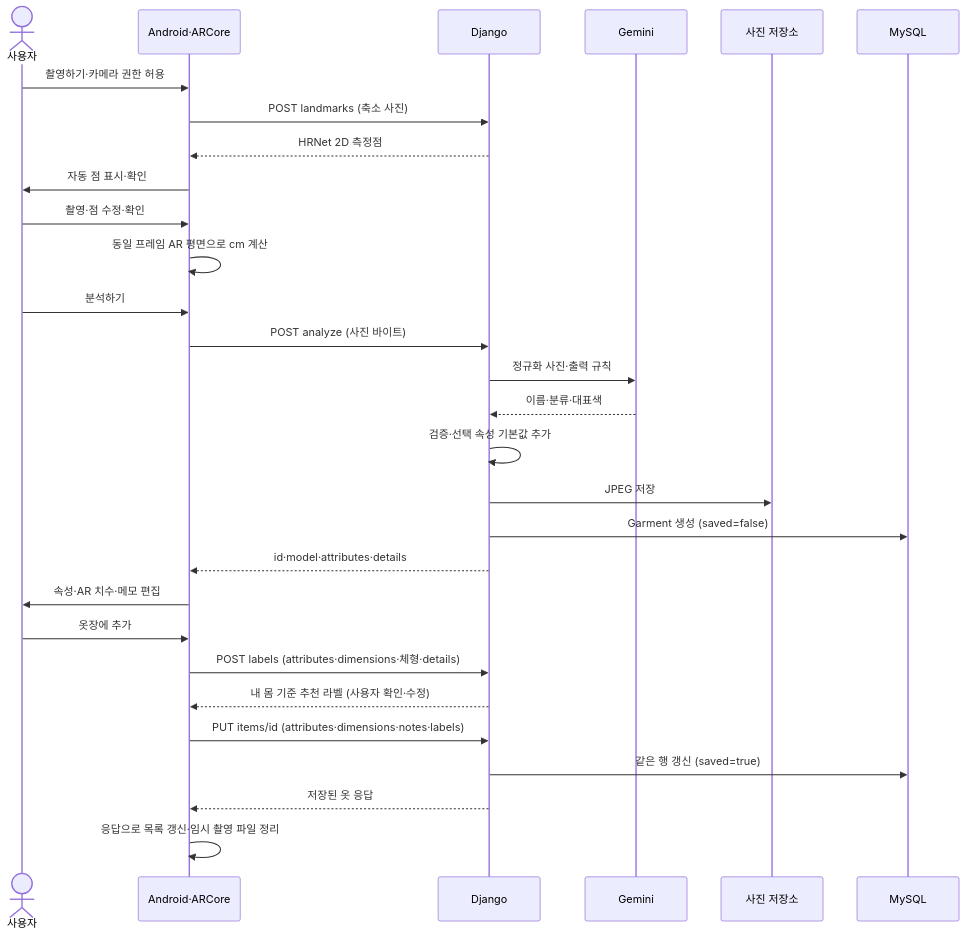
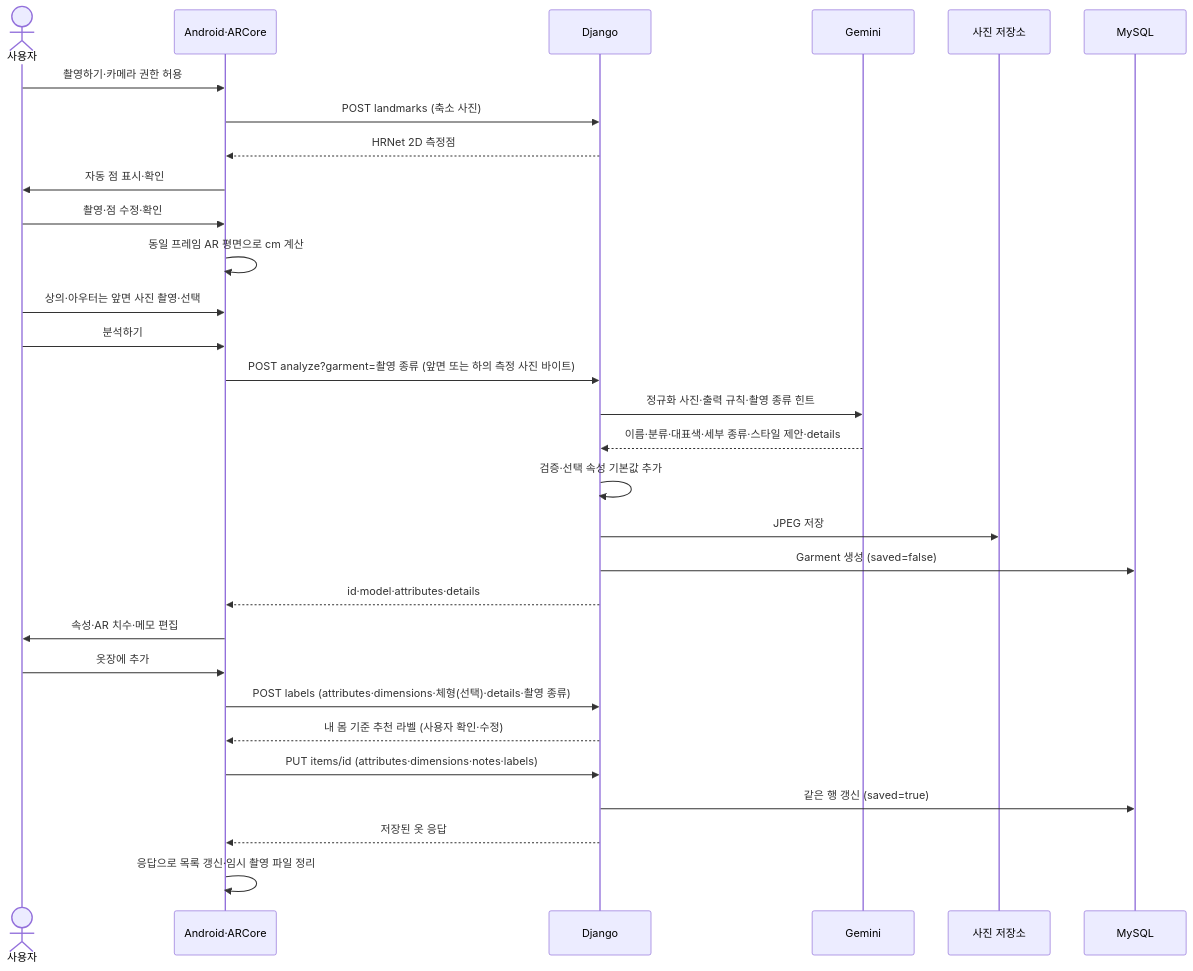
Before and after one commit to snuhcs-course/swpp-2026-project-team-14: the diagram in docs/wardrobe/wardrobe-flow.md, drawn with Mermaid. The commit also changed other lines of this file and 15 other files, not shown here.

````diff
--- a/docs/wardrobe/wardrobe-flow.md
+++ b/docs/wardrobe/wardrobe-flow.md
@@ -19,31 +19,32 @@
 ```mermaid
 sequenceDiagram
     actor User as 사용자
     participant App as Android·ARCore
     participant BE as Django
     participant AI as Gemini
     participant Files as 사진 저장소
     participant DB as MySQL
     User->>App: 촬영하기·카메라 권한 허용
     App->>BE: POST landmarks (축소 사진)
     BE-->>App: HRNet 2D 측정점
     App->>User: 자동 점 표시·확인
     User->>App: 촬영·점 수정·확인
     App->>App: 동일 프레임 AR 평면으로 cm 계산
+    User->>App: 상의·아우터는 앞면 사진 촬영·선택
     User->>App: 분석하기
-    App->>BE: POST analyze (사진 바이트)
-    BE->>AI: 정규화 사진·출력 규칙
-    AI-->>BE: 이름·분류·대표색
+    App->>BE: POST analyze?garment=촬영 종류 (앞면 또는 하의 측정 사진 바이트)
+    BE->>AI: 정규화 사진·출력 규칙·촬영 종류 힌트
+    AI-->>BE: 이름·분류·대표색·세부 종류·스타일 제안·details
     BE->>BE: 검증·선택 속성 기본값 추가
     BE->>Files: JPEG 저장
     BE->>DB: Garment 생성 (saved=false)
     BE-->>App: id·model·attributes·details
     App->>User: 속성·AR 치수·메모 편집
     User->>App: 옷장에 추가
-    App->>BE: POST labels (attributes·dimensions·체형·details)
+    App->>BE: POST labels (attributes·dimensions·체형(선택)·details·촬영 종류)
     BE-->>App: 내 몸 기준 추천 라벨 (사용자 확인·수정)
     App->>BE: PUT items/id (attributes·dimensions·notes·labels)
     BE->>DB: 같은 행 갱신 (saved=true)
     BE-->>App: 저장된 옷 응답
     App->>App: 응답으로 목록 갱신·임시 촬영 파일 정리
 ```
````
